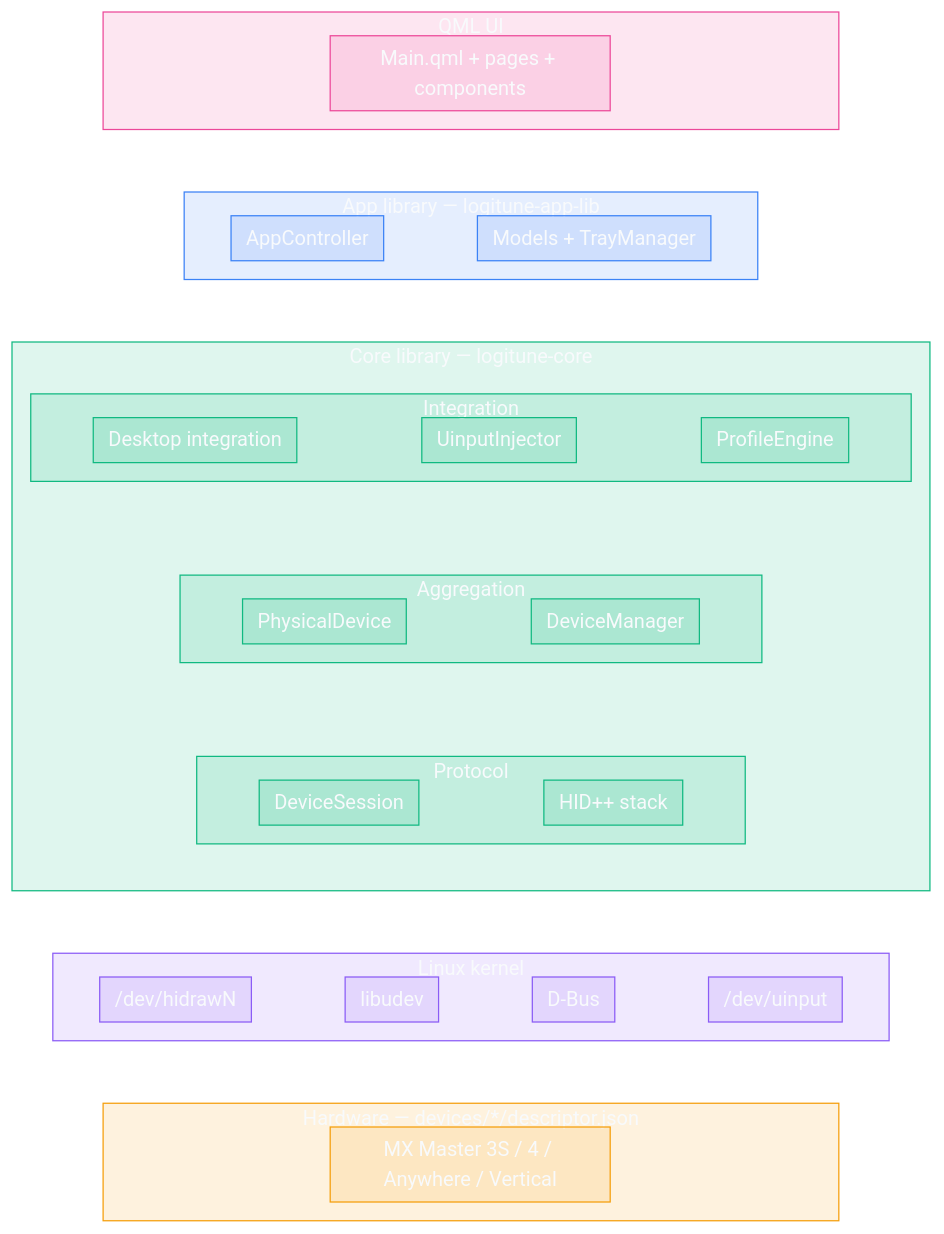
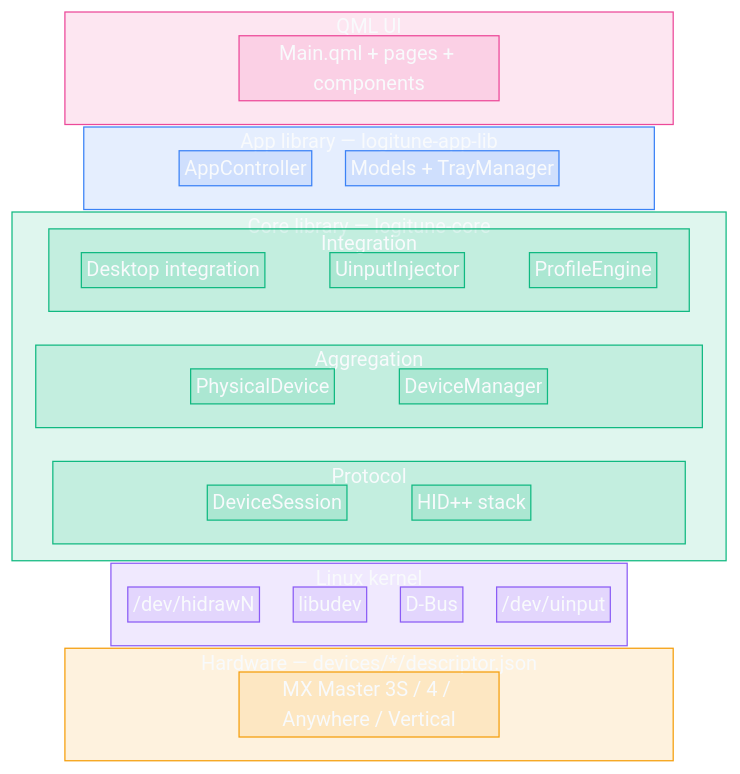
Before and after one commit to mmaher88/logitune: the first of 17 diagrams in docs/wiki/Architecture.md, drawn with Mermaid.

Commit message:
docs(wiki): tighten System Overview spacing and pad short rows
Add invisible padding nodes to every row so each layer's content
stretches closer to the width of the widest (core Integration). Tight
rankSpacing (2) and padding (2) collapse the visible gaps between
layer boxes so the stack reads as contiguous.

Note: mermaid's dagre engine sizes each subgraph to its content, so
perfect pixel-equal widths aren't achievable without switching to a
different renderer. This is the closest approximation to the demo's
stacked-panel look that stays inside GitHub-native mermaid.

````diff
--- a/docs/wiki/Architecture.md
+++ b/docs/wiki/Architecture.md
@@ -9,54 +9,54 @@
 ```mermaid
-%%{init: {'flowchart': {'nodeSpacing': 10, 'rankSpacing': 0, 'padding': 6, 'subGraphTitleMargin': {'top': 0, 'bottom': 4}}}}%%
+%%{init: {'flowchart': {'nodeSpacing': 18, 'rankSpacing': 2, 'padding': 2}}}%%
 flowchart TB
     subgraph ui ["QML UI"]
         direction LR
-        uPadL:::hidden ~~~ u1["Main.qml + pages + components"] ~~~ uPadR:::hidden
+        uP1:::pad ~~~ uP2:::pad ~~~ u1["Main.qml + pages + components"] ~~~ uP3:::pad ~~~ uP4:::pad
     end
 
     subgraph app ["App library — logitune-app-lib"]
         direction LR
-        a1["AppController"] ~~~ a2["Models + TrayManager"]
+        aP1:::pad ~~~ a1["AppController"] ~~~ a2["Models + TrayManager"] ~~~ aP2:::pad
     end
 
     subgraph core ["Core library — logitune-core"]
         direction TB
         subgraph coreIntegration ["Integration"]
             direction LR
             cI1["Desktop integration"] ~~~ cI2["UinputInjector"] ~~~ cI3["ProfileEngine"]
         end
         subgraph coreAggregation ["Aggregation"]
             direction LR
-            cA1["PhysicalDevice"] ~~~ cA2["DeviceManager"]
+            cAP1:::pad ~~~ cA1["PhysicalDevice"] ~~~ cA2["DeviceManager"] ~~~ cAP2:::pad
         end
         subgraph coreProtocol ["Protocol"]
             direction LR
-            cP1["DeviceSession"] ~~~ cP2["HID++ stack"]
+            cPP1:::pad ~~~ cP1["DeviceSession"] ~~~ cP2["HID++ stack"] ~~~ cPP2:::pad
         end
         coreIntegration ~~~ coreAggregation ~~~ coreProtocol
     end
 
     subgraph kernel ["Linux kernel"]
         direction LR
         k1["/dev/hidrawN"] ~~~ k2["libudev"] ~~~ k3["D-Bus"] ~~~ k4["/dev/uinput"]
     end
 
     subgraph hardware ["Hardware — devices/*/descriptor.json"]
         direction LR
-        hPadL:::hidden ~~~ h1["MX Master 3S / 4 / Anywhere / Vertical"] ~~~ hPadR:::hidden
+        hP1:::pad ~~~ hP2:::pad ~~~ h1["MX Master 3S / 4 / Anywhere / Vertical"] ~~~ hP3:::pad ~~~ hP4:::pad
     end
 
     ui ~~~ app ~~~ core ~~~ kernel ~~~ hardware
 
     classDef uiStyle     fill:#ec489922,stroke:#ec4899,color:#f8fafc
     classDef appStyle    fill:#3b82f622,stroke:#3b82f6,color:#f8fafc
     classDef coreStyle   fill:#10b98122,stroke:#10b981,color:#f8fafc
     classDef kernelStyle fill:#8b5cf622,stroke:#8b5cf6,color:#f8fafc
     classDef hwStyle     fill:#f59e0b22,stroke:#f59e0b,color:#f8fafc
-    classDef hidden fill:transparent,stroke:transparent,color:transparent
+    classDef pad fill:transparent,stroke:transparent,color:transparent
     class ui,u1 uiStyle
     class app,a1,a2 appStyle
     class core,coreIntegration,coreAggregation,coreProtocol,cI1,cI2,cI3,cA1,cA2,cP1,cP2 coreStyle
     class kernel,k1,k2,k3,k4 kernelStyle
     class hardware,h1 hwStyle
 ```
````
